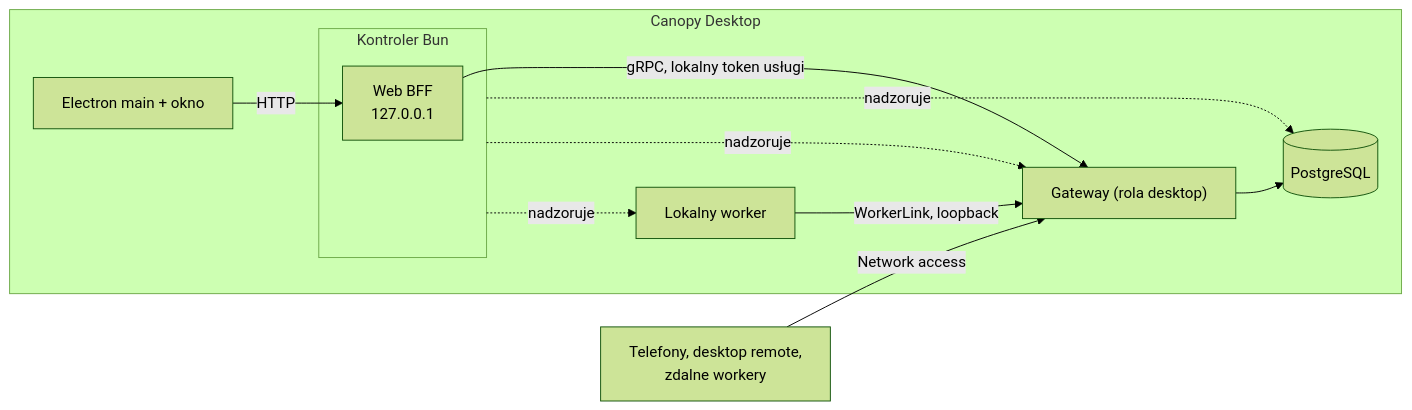
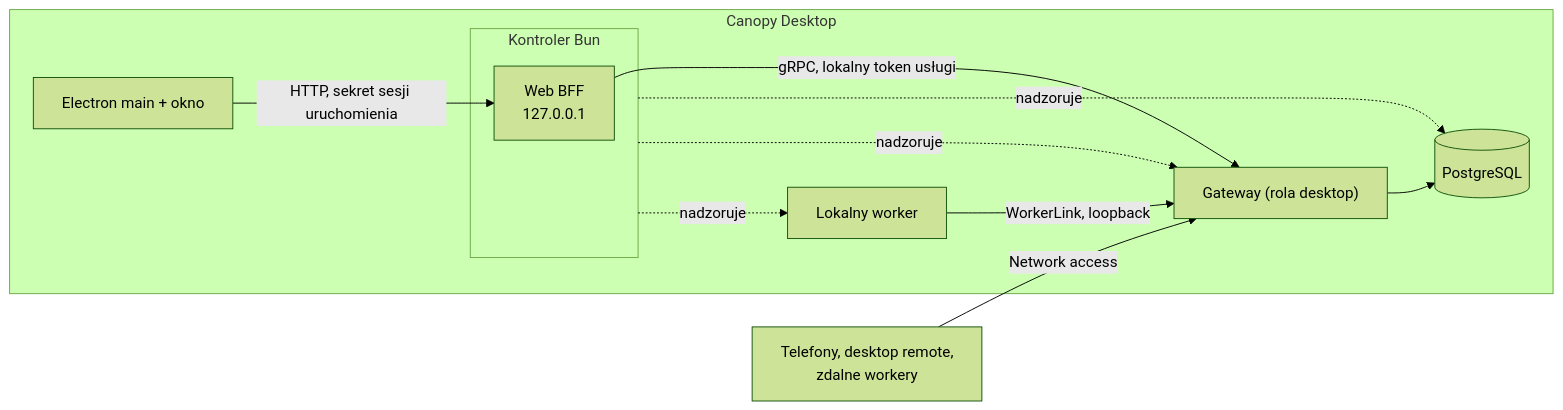
The third of 8 diagrams in docs/architecture.md (itsoltech/canopy), drawn with Mermaid (forest theme) before and after one commit. The commit also changed other lines of this file and 25 other files, not shown here.

````diff
--- a/docs/architecture.md
+++ b/docs/architecture.md
@@ -164,18 +165,18 @@
 ```mermaid
 flowchart LR
     subgraph App["Canopy Desktop"]
         E["Electron main + okno"]
         subgraph C["Kontroler Bun"]
             WEB["Web BFF<br/>127.0.0.1"]
         end
         PG[("PostgreSQL")]
         GW["Gateway (rola desktop)"]
         W["Lokalny worker"]
     end
-    E -- "HTTP" --> WEB
+    E -- "HTTP, sekret sesji uruchomienia" --> WEB
     WEB -- "gRPC, lokalny token usługi" --> GW
     C -. "nadzoruje" .-> PG & GW & W
     GW --> PG
     W -- "WorkerLink, loopback" --> GW
     X["Telefony, desktop remote,<br/>zdalne workery"] -- "Network access" --> GW
 ```
````
